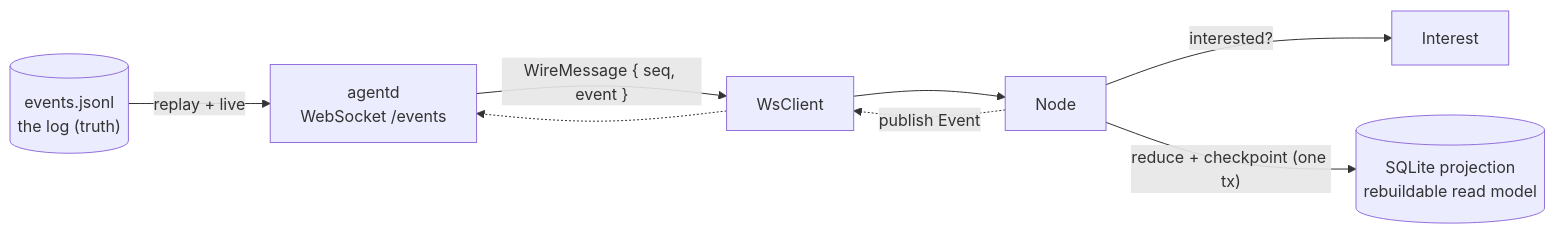
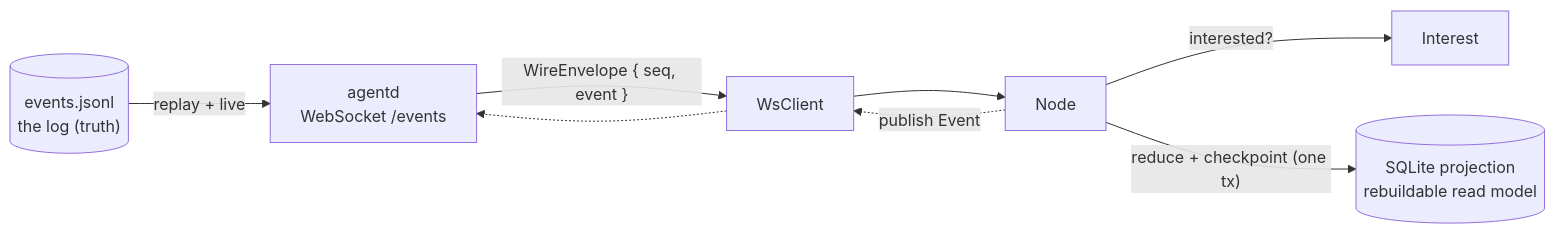
One commit to mokmok-dev/agent changed the first of 2 diagrams in docs/node.md. Above: the diagram before and after it, drawn with Mermaid. The commit also changed 6 other files, not shown here.

First line of the commit message:
refactor(events): name the wire envelope WireEnvelope

````diff
--- a/docs/node.md
+++ b/docs/node.md
@@ -54,9 +54,9 @@
 ```mermaid
 flowchart LR
     D[("events.jsonl<br/>the log (truth)")] -- "replay + live" --> S["agentd<br/>WebSocket /events"]
-    S -- "WireMessage { seq, event }" --> C["WsClient"]
+    S -- "WireEnvelope { seq, event }" --> C["WsClient"]
     C --> N["Node"]
     N -- "interested?" --> I["Interest"]
     N -- "reduce + checkpoint (one tx)" --> P[("SQLite projection<br/>rebuildable read model")]
     N -. "publish Event" .-> C -.-> S
 ```
````
